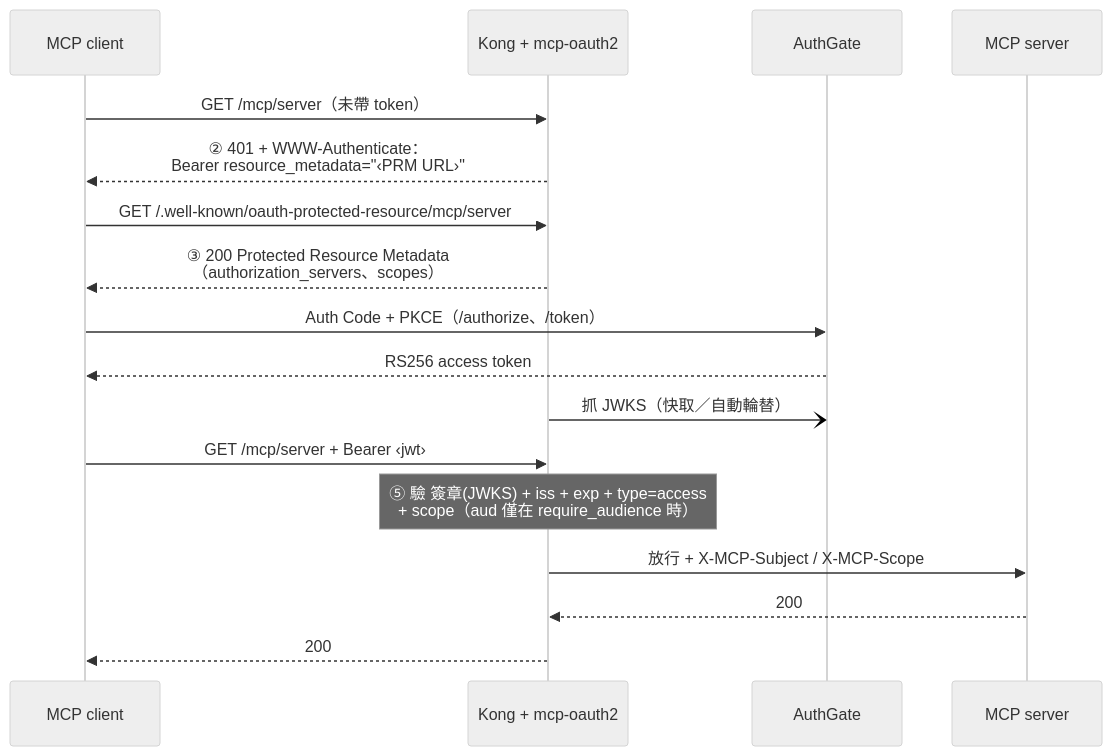
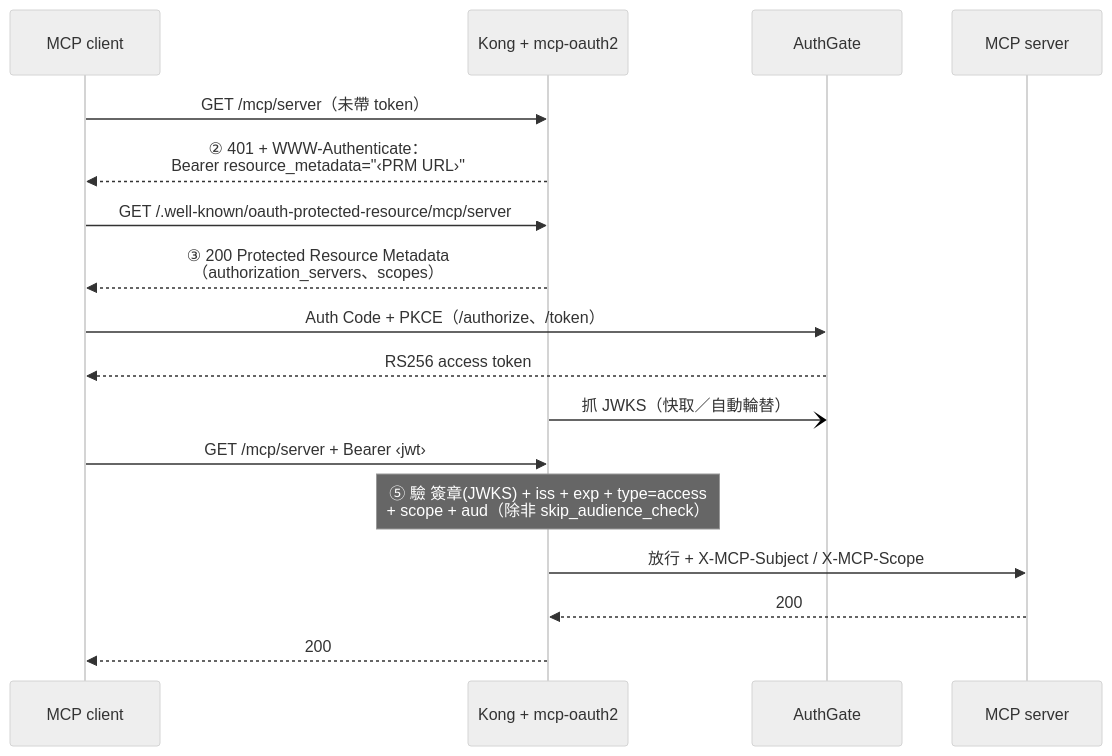
The second of 2 diagrams in README.zh-TW.md (go-authgate/kong-mcp-oauth2), drawn with Mermaid (neutral theme) before and after one commit. The commit also changed other lines of this file and 10 other files, not shown here.

````diff
--- a/README.zh-TW.md
+++ b/README.zh-TW.md
@@ -56,20 +56,20 @@
 ```mermaid
 sequenceDiagram
     participant C as MCP client
     participant K as Kong + mcp-oauth2
     participant A as AuthGate
     participant M as MCP server
 
     C->>K: GET /mcp/server（未帶 token）
     K-->>C: ② 401 + WWW-Authenticate：<br/>Bearer resource_metadata="‹PRM URL›"
     C->>K: GET /.well-known/oauth-protected-resource/mcp/server
     K-->>C: ③ 200 Protected Resource Metadata<br/>（authorization_servers、scopes）
     C->>A: Auth Code + PKCE（/authorize、/token）
     A-->>C: RS256 access token
     K-)A: 抓 JWKS（快取／自動輪替）
     C->>K: GET /mcp/server + Bearer ‹jwt›
-    Note over K: ⑤ 驗 簽章(JWKS) + iss + exp + type=access<br/>+ scope（aud 僅在 require_audience 時）
+    Note over K: ⑤ 驗 簽章(JWKS) + iss + exp + type=access<br/>+ scope + aud（除非 skip_audience_check）
     K->>M: 放行 + X-MCP-Subject / X-MCP-Scope
     M-->>K: 200
     K-->>C: 200
 ```
````
